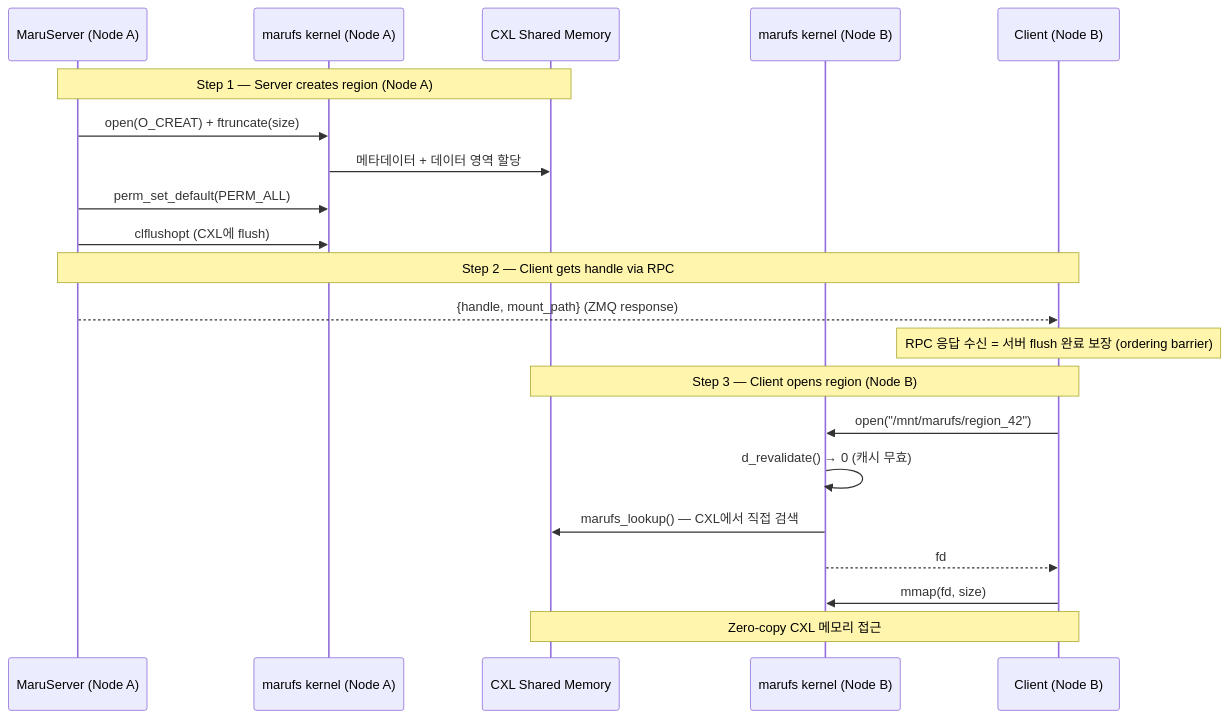
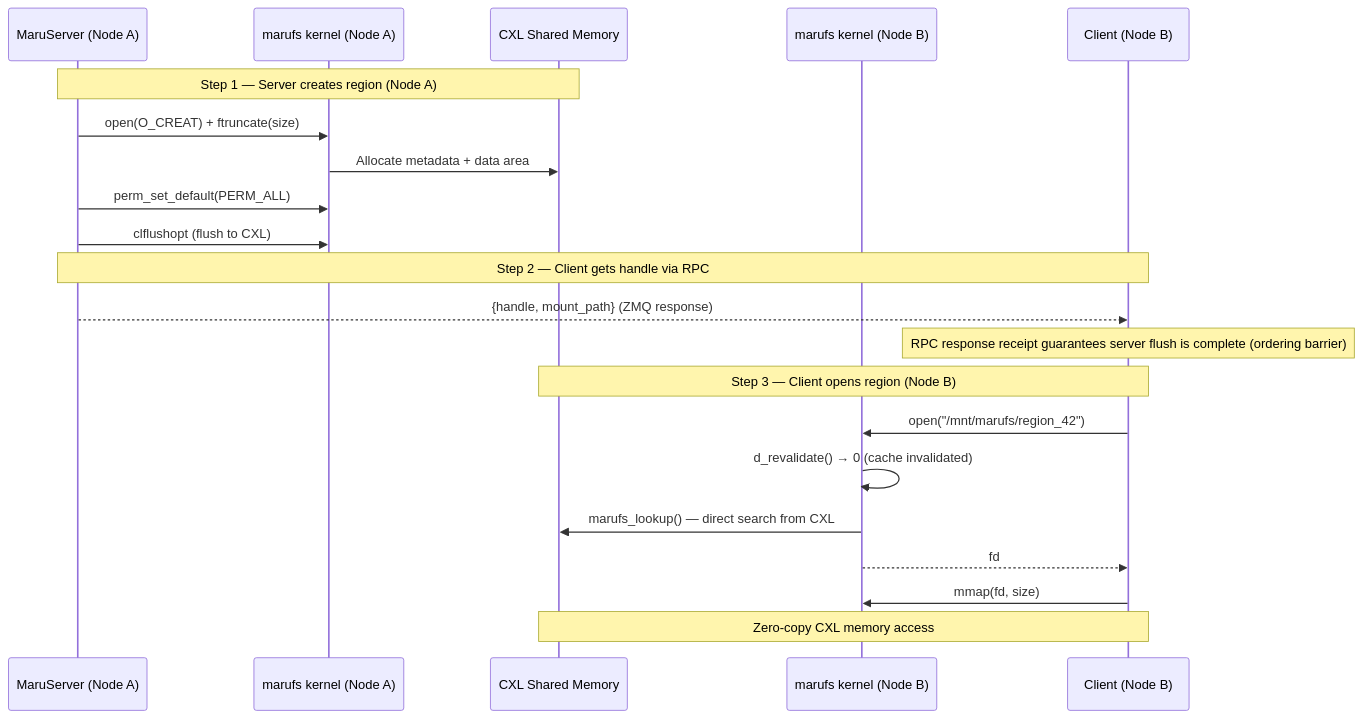
Before and after one commit to xcena-dev/maru: the eighth of 8 diagrams in docs/source/design_doc/maru_fs.md, drawn with Mermaid. The commit also changed other lines of this file, not shown here.

````diff
--- a/docs/source/design_doc/maru_fs.md
+++ b/docs/source/design_doc/maru_fs.md
@@ -386,26 +386,26 @@
 ```mermaid
 sequenceDiagram
     participant S as MaruServer (Node A)
     participant K_A as marufs kernel (Node A)
     participant CXL as CXL Shared Memory
     participant K_B as marufs kernel (Node B)
     participant C as Client (Node B)
 
     Note over S,CXL: Step 1 — Server creates region (Node A)
     S->>K_A: open(O_CREAT) + ftruncate(size)
-    K_A->>CXL: 메타데이터 + 데이터 영역 할당
+    K_A->>CXL: Allocate metadata + data area
     S->>K_A: perm_set_default(PERM_ALL)
-    S->>K_A: clflushopt (CXL에 flush)
+    S->>K_A: clflushopt (flush to CXL)
 
     Note over S,C: Step 2 — Client gets handle via RPC
     S-->>C: {handle, mount_path} (ZMQ response)
-    Note over C: RPC 응답 수신 = 서버 flush 완료 보장 (ordering barrier)
+    Note over C: RPC response receipt guarantees server flush is complete (ordering barrier)
 
     Note over C,CXL: Step 3 — Client opens region (Node B)
     C->>K_B: open("/mnt/marufs/region_42")
-    K_B->>K_B: d_revalidate() → 0 (캐시 무효)
-    K_B->>CXL: marufs_lookup() — CXL에서 직접 검색
+    K_B->>K_B: d_revalidate() → 0 (cache invalidated)
+    K_B->>CXL: marufs_lookup() — direct search from CXL
     K_B-->>C: fd
     C->>K_B: mmap(fd, size)
-    Note over C,CXL: Zero-copy CXL 메모리 접근
+    Note over C,CXL: Zero-copy CXL memory access
 ```
````
